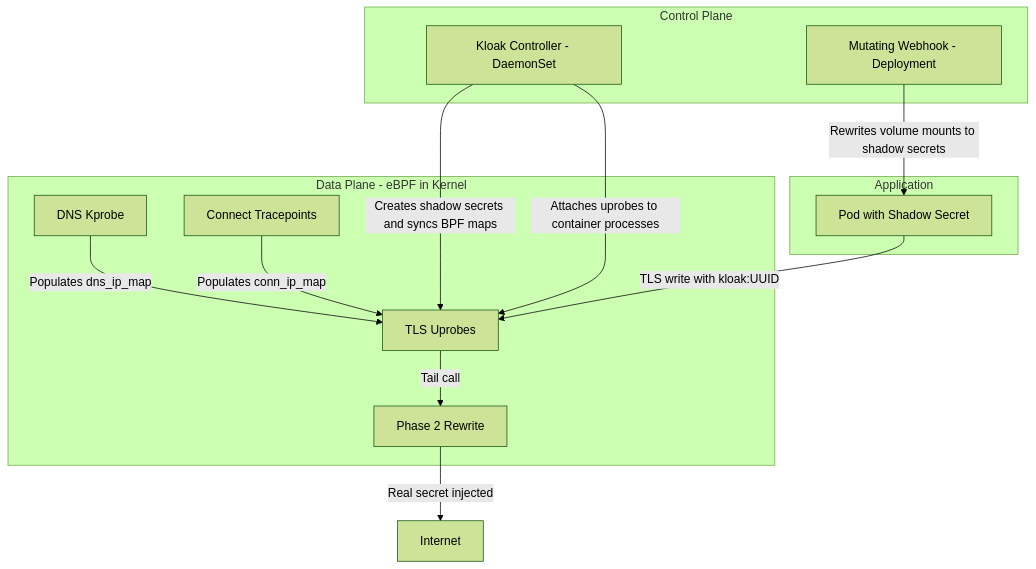
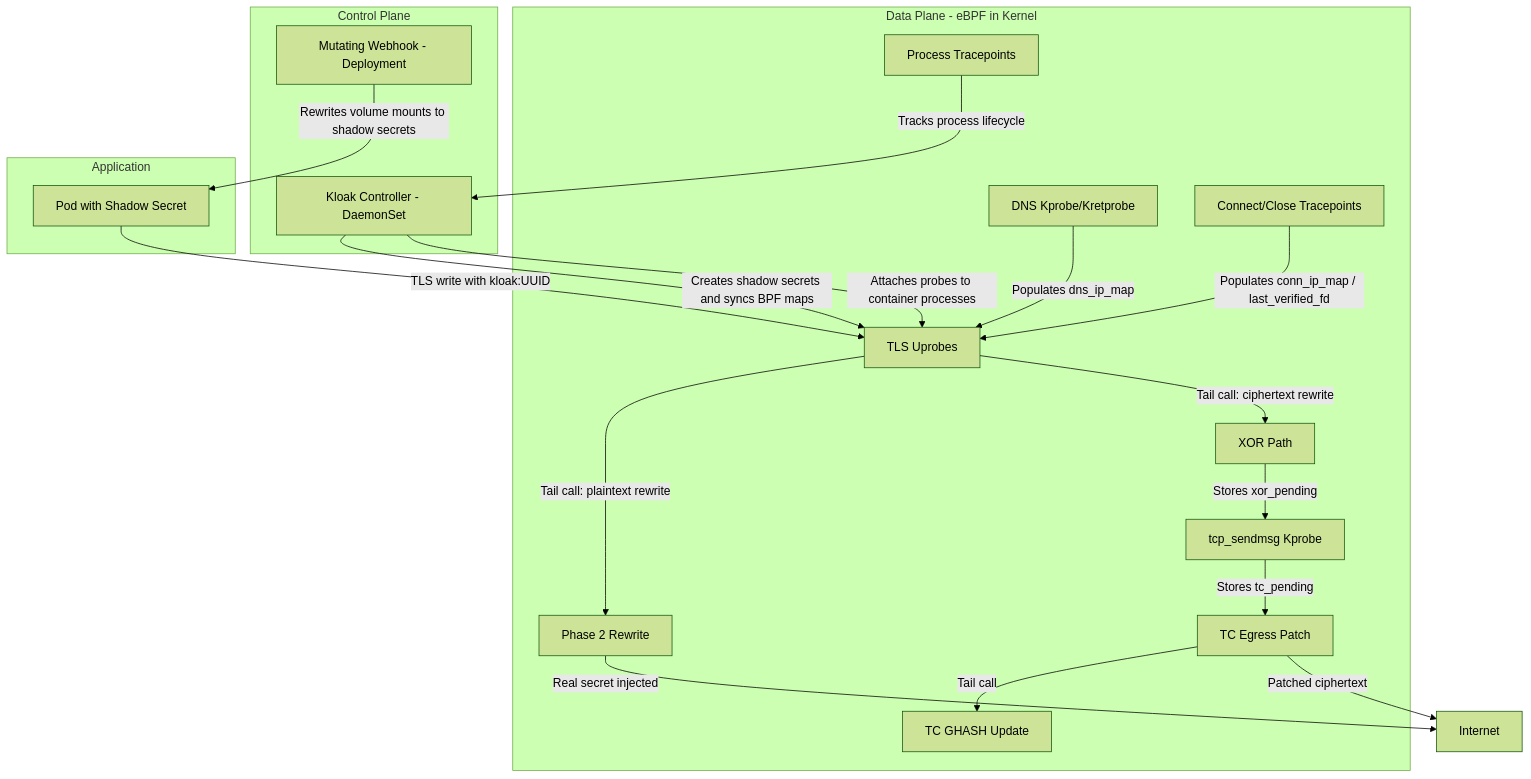
One commit to spinningfactory/kloak changed the first of 2 diagrams in README.md. Above: the diagram before and after it, drawn with Mermaid (forest theme). The commit also changed other lines of this file, not shown here.

Commit message:
docs: update architecture diagram with full eBPF data plane
Add XOR path, TC egress patch, GHASH update, tcp_sendmsg kprobe,
process lifecycle tracepoints, and close tracepoint to architecture
diagram and component table.

````diff
--- a/README.md
+++ b/README.md
@@ -40,27 +40,38 @@
 ```mermaid
 graph TD
     subgraph Control_Plane [Control Plane]
         C[Kloak Controller - DaemonSet]
         W[Mutating Webhook - Deployment]
     end
 
     subgraph Data_Plane [Data Plane - eBPF in Kernel]
         UP[TLS Uprobes]
-        KP[DNS Kprobe]
-        TP[Connect Tracepoints]
         P2[Phase 2 Rewrite]
+        XOR[XOR Path]
+        KP[DNS Kprobe/Kretprobe]
+        TP[Connect/Close Tracepoints]
+        PROC[Process Tracepoints]
+        TCP[tcp_sendmsg Kprobe]
+        TC[TC Egress Patch]
+        GHASH[TC GHASH Update]
     end
 
     subgraph App [Application]
         P[Pod with Shadow Secret]
     end
 
     C -->|Creates shadow secrets and syncs BPF maps| UP
-    C -->|Attaches uprobes to container processes| UP
+    C -->|Attaches probes to container processes| UP
     W -->|Rewrites volume mounts to shadow secrets| P
     P -->|TLS write with kloak:UUID| UP
-    UP -->|Tail call| P2
+    UP -->|Tail call: plaintext rewrite| P2
+    UP -->|Tail call: ciphertext rewrite| XOR
+    XOR -->|Stores xor_pending| TCP
+    TCP -->|Stores tc_pending| TC
+    TC -->|Tail call| GHASH
     P2 -->|Real secret injected| Internet
+    TC -->|Patched ciphertext| Internet
     KP -->|Populates dns_ip_map| UP
-    TP -->|Populates conn_ip_map| UP
+    TP -->|Populates conn_ip_map / last_verified_fd| UP
+    PROC -->|Tracks process lifecycle| C
 ```
````
